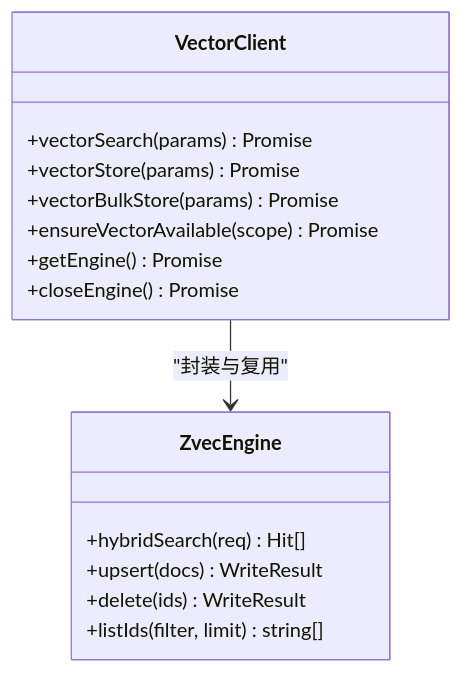
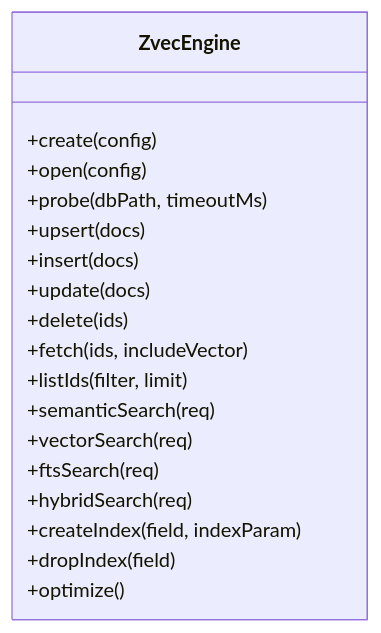
Before and after one commit to HACK-WU/kisearch: the fourth of 8 diagrams in .qoder/repowiki/zh/content/项目概述/项目概述.md, drawn with Mermaid. The commit also changed other lines of this file and 623 other files, not shown here.

````diff
--- a/.qoder/repowiki/zh/content/项目概述/项目概述.md
+++ b/.qoder/repowiki/zh/content/项目概述/项目概述.md
@@ -198,18 +188,21 @@
 ```mermaid
 classDiagram
-class VectorClient {
-+vectorSearch(params) Promise<VectorSearchResult[]>
-+vectorStore(params) Promise<VectorStoreResult>
-+vectorBulkStore(params) Promise<VectorBulkStoreResult>
-+ensureVectorAvailable(scope) Promise<VectorAvailableResult>
-+getEngine() Promise<ZvecEngine>
-+closeEngine() Promise<void>
+class ZvecEngine {
++create(config)
++open(config)
++probe(dbPath, timeoutMs)
++upsert(docs)
++insert(docs)
++update(docs)
++delete(ids)
++fetch(ids, includeVector)
++listIds(filter, limit)
++semanticSearch(req)
++vectorSearch(req)
++ftsSearch(req)
++hybridSearch(req)
++createIndex(field, indexParam)
++dropIndex(field)
++optimize()
 }
-class ZvecEngine {
-+hybridSearch(req) Hit[]
-+upsert(docs) WriteResult
-+delete(ids) WriteResult
-+listIds(filter, limit) string[]
-}
-VectorClient --> ZvecEngine : "封装与复用"
 ```
````
